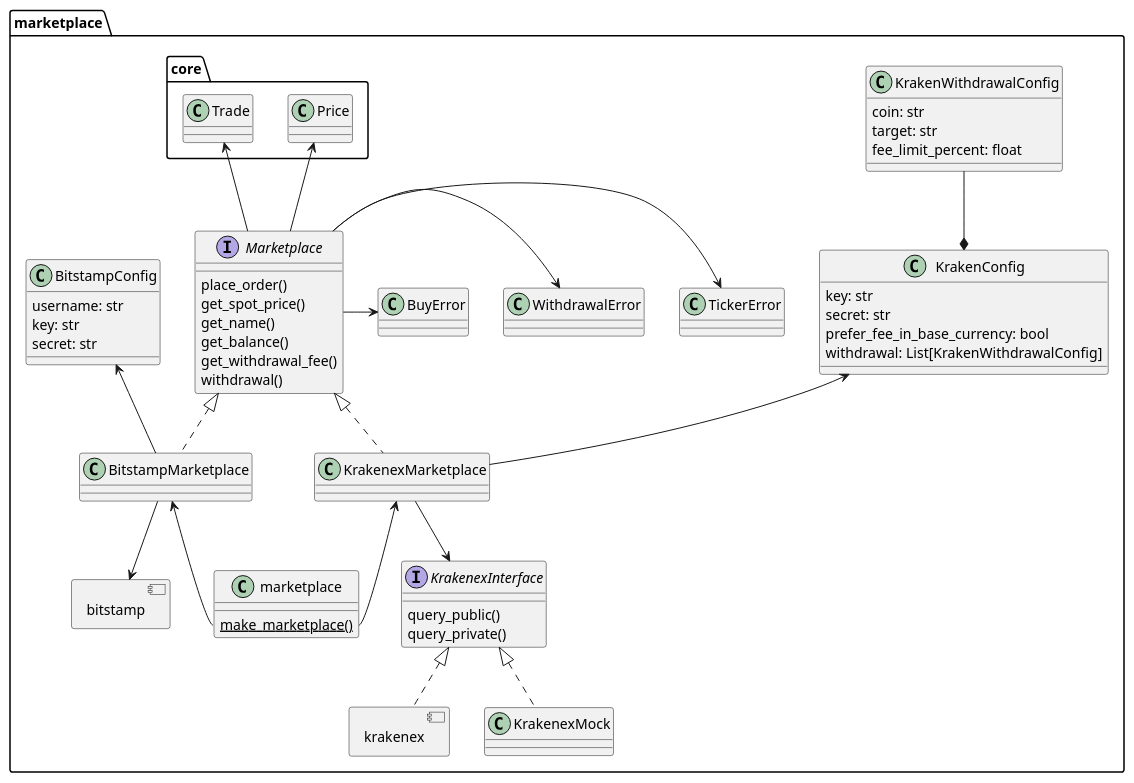
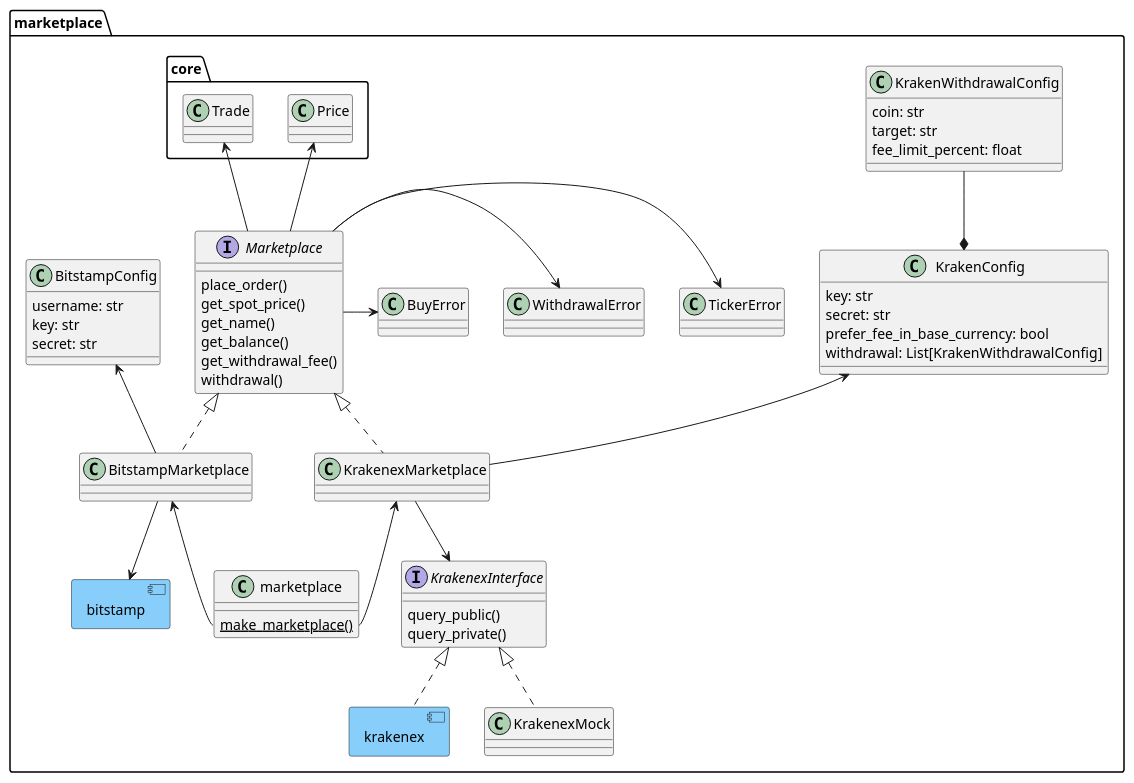
Before and after one commit to martin-ueding/vigilant-crypto-snatch: the diagram in docs/dev/graphs/marketplace.puml, drawn with PlantUML. The commit also changed 6 other files, not shown here.

Commit message:
Add graph with components

```diff
--- a/docs/dev/graphs/marketplace.puml
+++ b/docs/dev/graphs/marketplace.puml
@@ -1,79 +1,79 @@
 @startuml
 
 allowmixing
 
 namespace marketplace {
-    component bitstamp
-    component krakenex
+    component bitstamp #lightskyblue
+    component krakenex #lightskyblue
 
 interface Marketplace {
     place_order()
     get_spot_price()
     get_name()
     get_balance()
     get_withdrawal_fee()
     withdrawal()
 }
 
 class BuyError
 class TickerError
 class WithdrawalError
 
 Marketplace -> BuyError
 Marketplace -> TickerError
 Marketplace -> WithdrawalError
 
 core.Price <-- Marketplace
 core.Trade <-- Marketplace
 
 class KrakenexMarketplace implements Marketplace
 
 class BitstampMarketplace implements Marketplace
 BitstampMarketplace --> bitstamp
 
 class marketplace {
 {static} make_marketplace()
 }
 
 KrakenexMarketplace <-- marketplace::make_marketplace
 BitstampMarketplace <-- marketplace::make_marketplace
 
 class KrakenWithdrawalConfig {
     coin: str
     target: str
     fee_limit_percent: float
 }
 
 class KrakenConfig {
     key: str
     secret: str
     prefer_fee_in_base_currency: bool
     withdrawal: List[KrakenWithdrawalConfig]
 }
 
 KrakenWithdrawalConfig --* KrakenConfig
 
 KrakenConfig <-- KrakenexMarketplace
 
 class BitstampConfig {
     username: str
     key: str
     secret: str
 }
 
 BitstampConfig <-- BitstampMarketplace
 
 interface KrakenexInterface {
     query_public()
     query_private()
 }
 
 class KrakenexMock implements KrakenexInterface
 
 KrakenexMarketplace --> KrakenexInterface
 
 KrakenexInterface <|.. krakenex
 
 }
 
 @enduml
```
